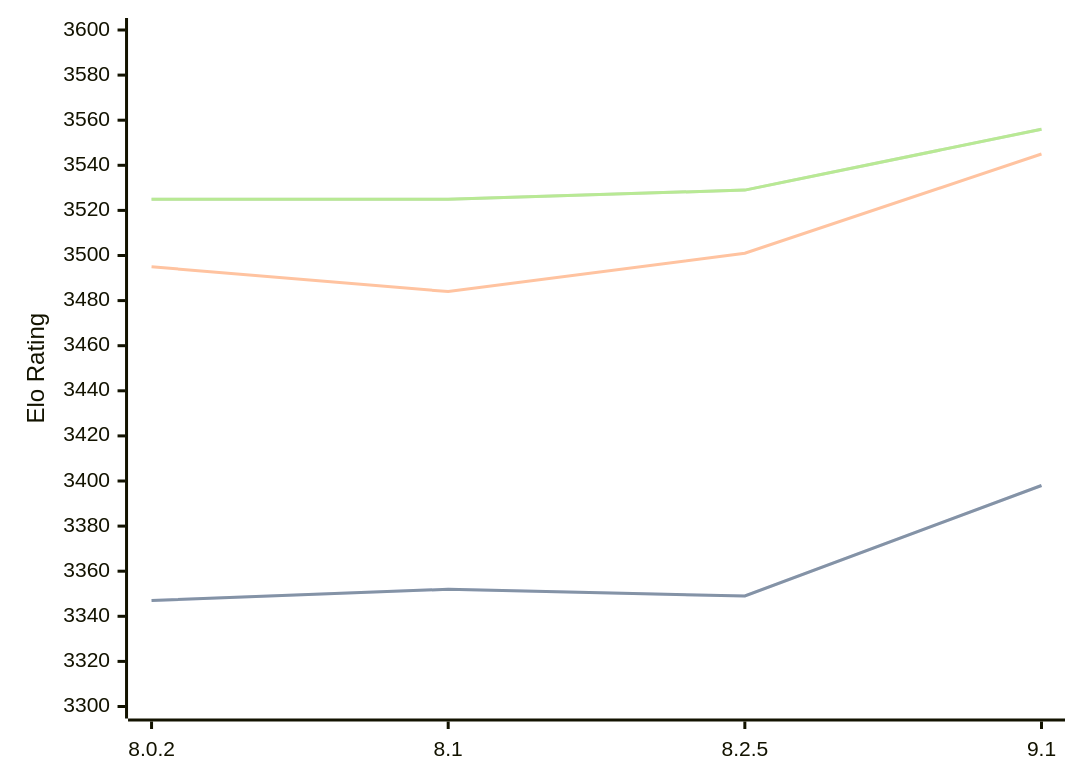
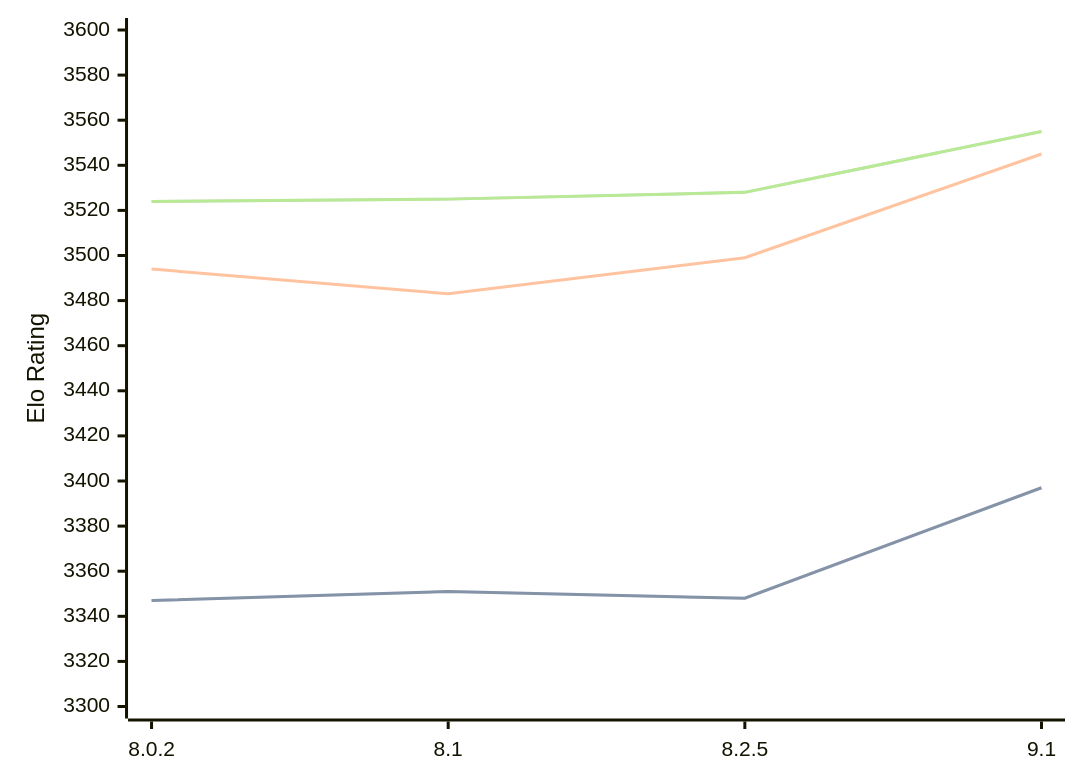
The diagram in engines/Clover.md (computer-chess-index/cci), drawn with Mermaid before and after one commit. The commit also changed other lines of this file, not shown here.

Commit message:
Update CCI Ratings (ELO VLTC) - 2026-10-01

````diff
--- a/engines/Clover.md
+++ b/engines/Clover.md
@@ -35,11 +35,11 @@
 ```mermaid
 %%{init: {"theme":"base","themeVariables":{"seriesColors:['#a3a3a3','#222221','#faa371']}}}%%
 xychart-beta
   x-axis ["8.0.2", "8.1", "8.2.5", "9.1"]
   y-axis "Elo Rating" 3300 --> 3600
-  line "" [3347, 3352, 3349, 3398]
-  line "STC (8.0+0.08s)" [3347, 3352, 3349, 3398]
-  line "LTC (60.0+0.60s)" [3495, 3484, 3501, 3545]
-  line "" [3525, 3525, 3529, 3556]
-  line "VLTC (2m24s+1.12s)" [3525, 3525, 3529, 3556]
+  line "" [3347, 3351, 3348, 3397]
+  line "STC (8.0+0.08s)" [3347, 3351, 3348, 3397]
+  line "LTC (60.0+0.60s)" [3494, 3483, 3499, 3545]
+  line "" [3524, 3525, 3528, 3555]
+  line "VLTC (2m24s+1.12s)" [3524, 3525, 3528, 3555]
 ```
````
